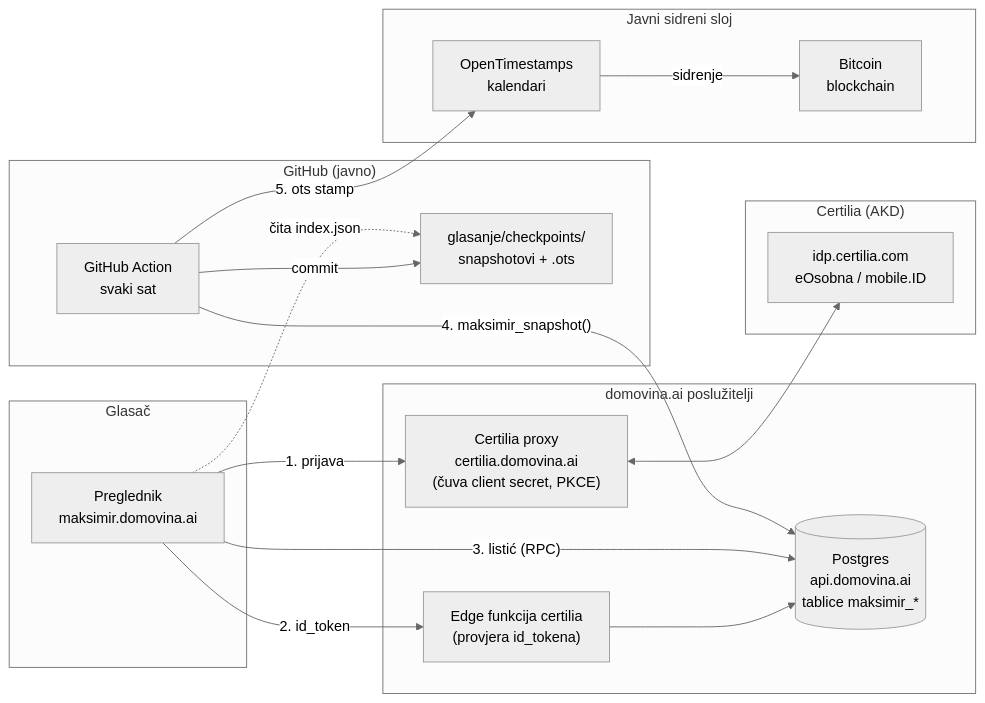
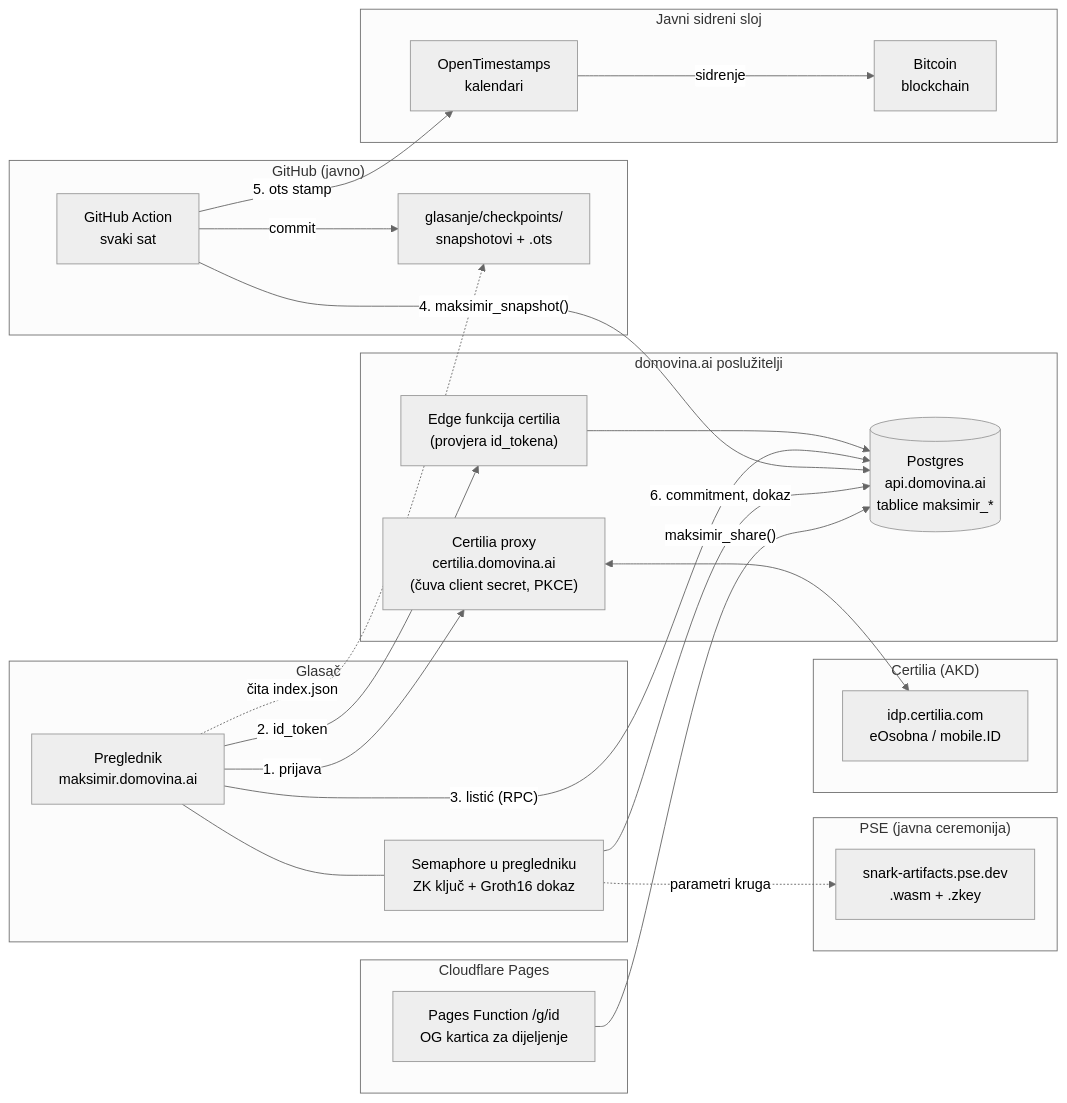
The first of 10 diagrams in docs/glasanje-kako-radi.md (stepanic/stadion-maksimir-natjecaj-2026), drawn with Mermaid (neutral theme) before and after one commit. The commit also changed other lines of this file and 5 other files, not shown here.

````diff
--- a/docs/glasanje-kako-radi.md
+++ b/docs/glasanje-kako-radi.md
@@ -43,37 +44,50 @@
 ```mermaid
 flowchart LR
   subgraph K["Glasač"]
     B["Preglednik<br/>maksimir.domovina.ai"]
+    ZK["Semaphore u pregledniku<br/>ZK ključ + Groth16 dokaz"]
+  end
+
+  subgraph P["Cloudflare Pages"]
+    PF["Pages Function /g/id<br/>OG kartica za dijeljenje"]
+  end
+
+  subgraph S["PSE (javna ceremonija)"]
+    ART["snark-artifacts.pse.dev<br/>.wasm + .zkey"]
   end
 
   subgraph C["Certilia (AKD)"]
     IDP["idp.certilia.com<br/>eOsobna / mobile.ID"]
   end
 
   subgraph D["domovina.ai poslužitelji"]
     PX["Certilia proxy<br/>certilia.domovina.ai<br/>(čuva client secret, PKCE)"]
     EF["Edge funkcija certilia<br/>(provjera id_tokena)"]
     DB[("Postgres<br/>api.domovina.ai<br/>tablice maksimir_*")]
   end
 
   subgraph G["GitHub (javno)"]
     GA["GitHub Action<br/>svaki sat"]
     REPO["glasanje/checkpoints/<br/>snapshotovi + .ots"]
   end
 
   subgraph O["Javni sidreni sloj"]
     OTS["OpenTimestamps<br/>kalendari"]
     BTC["Bitcoin<br/>blockchain"]
   end
 
   B -- "1. prijava" --> PX
   PX <--> IDP
   B -- "2. id_token" --> EF
   EF --> DB
   B -- "3. listić (RPC)" --> DB
   GA -- "4. maksimir_snapshot()" --> DB
   GA -- "5. ots stamp" --> OTS
   OTS -- "sidrenje" --> BTC
   GA -- "commit" --> REPO
   B -. "čita index.json" .-> REPO
+  B --- ZK
+  ZK -. "parametri kruga" .-> ART
+  ZK -- "6. commitment, dokaz" --> DB
+  PF -- "maksimir_share()" --> DB
 ```
````
